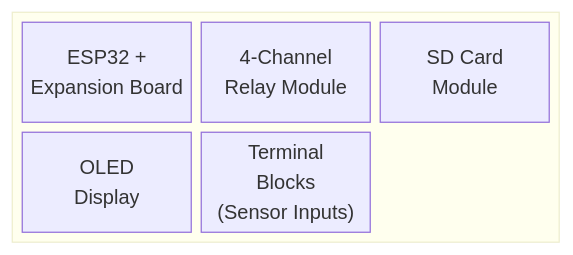
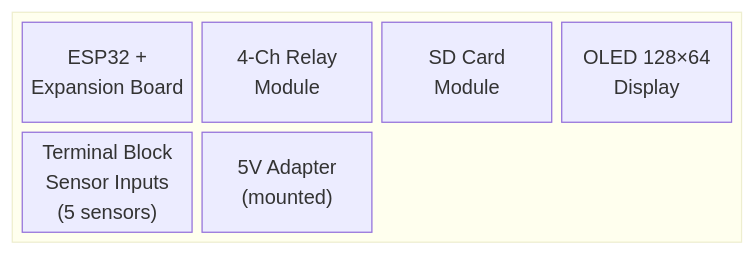
One commit to qppd/wmldad changed the third of 3 diagrams in docs/block-diagram.md. Above: the diagram before and after it, drawn with Mermaid. The commit also changed other lines of this file and 14 other files, not shown here.

First line of the commit message:
Complete documentation overhaul: ESP32→Firebase→PythonAnywhere→XGBoost architecture

````diff
--- a/docs/block-diagram.md
+++ b/docs/block-diagram.md
@@ -121,18 +207,20 @@
 ```mermaid
 block-beta
-    columns 3
+    columns 4
     
-    block:enclosure:3
-        columns 3
+    block:enclosure:4
+        columns 4
         
         ESP32Board["ESP32 +<br/>Expansion Board"]:1
         
-        RelayBoard["4-Channel<br/>Relay Module"]:1
+        RelayBoard["4-Ch Relay<br/>Module"]:1
         
-        SDCardSD["SD Card<br/>Module"]:1
+        SDCardM["SD Card<br/>Module"]:1
         
-        OLEDDisp["OLED<br/>Display"]:1
+        OLEDDisp["OLED 128×64<br/>Display"]:1
         
-        TerminalBlock["Terminal<br/>Blocks<br/>(Sensor Inputs)"]:2
+        Terminal["Terminal Block<br/>Sensor Inputs<br/>(5 sensors)"]:2
+        
+        PSU2["5V Adapter<br/>(mounted)"]:2
     end
 ```
````
